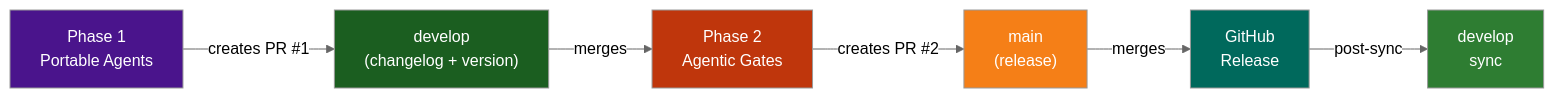
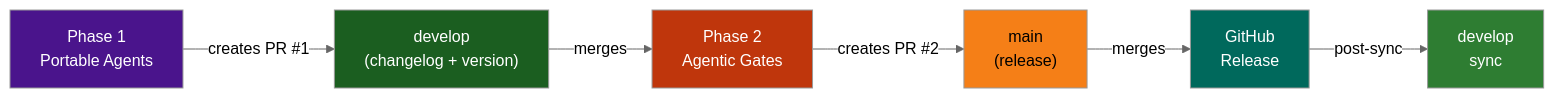
Before and after one commit to lightspeedwp/.github: the first of 3 diagrams in docs/RELEASE_PROCESS.md, drawn with Mermaid (neutral theme). The commit also changed other lines of this file and 362 other files, not shown here.

````diff
--- a/docs/RELEASE_PROCESS.md
+++ b/docs/RELEASE_PROCESS.md
@@ -49,15 +49,17 @@
 ```mermaid
 graph LR
+  accTitle: Two-Phase Release Process
+  accDescr: Phase 1 creates PR on develop with changelog and version, Phase 2 creates PR on main for release
     A["Phase 1<br/>Portable Agents"] -->|creates PR #1| B["develop<br/>(changelog + version)"]
     B -->|merges| C["Phase 2<br/>Agentic Gates"]
     C -->|creates PR #2| D["main<br/>(release)"]
     D -->|merges| E["GitHub<br/>Release"]
     E -->|post-sync| F["develop<br/>sync"]
     
     style A fill:#4a148c,color:#fff
     style B fill:#1b5e20,color:#fff
     style C fill:#bf360c,color:#fff
-    style D fill:#f57f17,color:#fff
+    style D fill:#f57f17,color:#000
     style E fill:#00695c,color:#fff
     style F fill:#2e7d32,color:#fff
 ```
````
